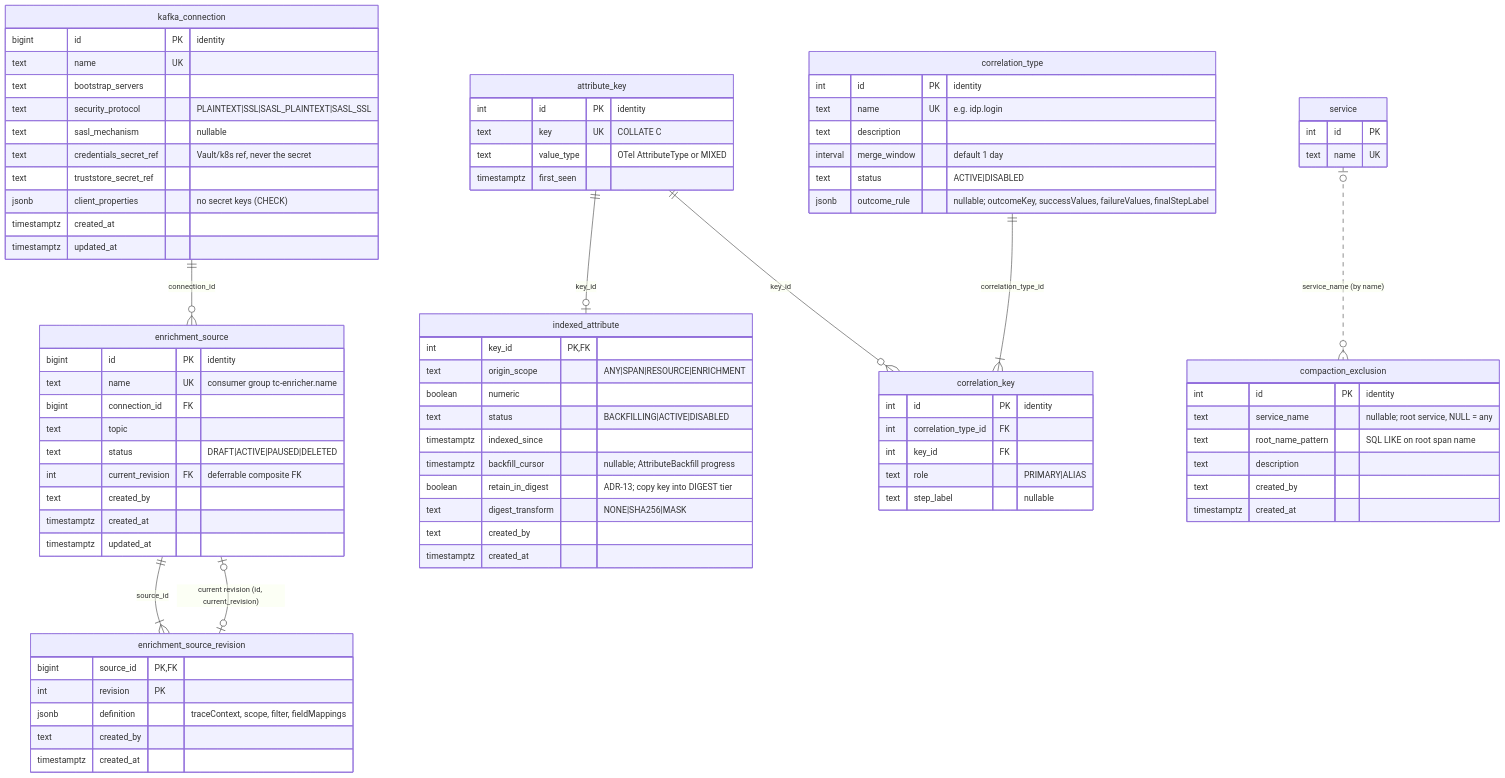
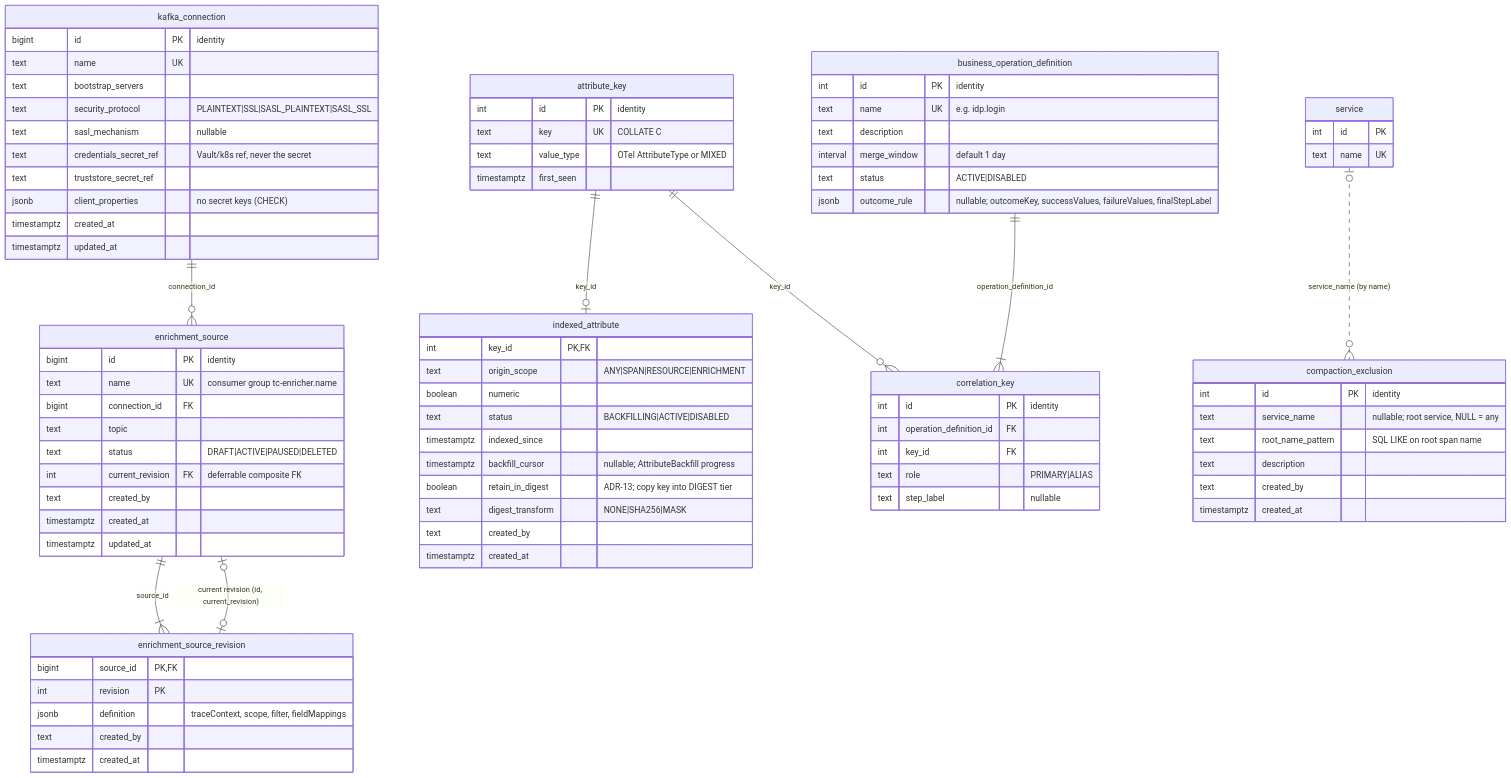
Before and after one commit to aasmc/tracing-system: the first of 7 diagrams in agent/08-er-diagrams.md, drawn with Mermaid. The commit also changed other lines of this file and 122 other files, not shown here.

```diff
--- a/agent/08-er-diagrams.md
+++ b/agent/08-er-diagrams.md
@@ -34,7 +34,7 @@
     enrichment_source ||--|{ enrichment_source_revision : "source_id"
     enrichment_source |o--o| enrichment_source_revision : "current revision (id, current_revision)"
     attribute_key ||--o| indexed_attribute : "key_id"
-    correlation_type ||--|{ correlation_key : "correlation_type_id"
+    business_operation_definition ||--|{ correlation_key : "operation_definition_id"
     attribute_key ||--o{ correlation_key : "key_id"
     service |o..o{ compaction_exclusion : "service_name (by name)"
 
@@ -86,7 +86,7 @@
         text created_by
         timestamptz created_at
     }
-    correlation_type {
+    business_operation_definition {
         int id PK "identity"
         text name UK "e.g. idp.login"
         text description
@@ -108,7 +108,7 @@
     }
     correlation_key {
         int id PK "identity"
-        int correlation_type_id FK
+        int operation_definition_id FK
         int key_id FK
         text role "PRIMARY|ALIAS"
         text step_label "nullable"
```
